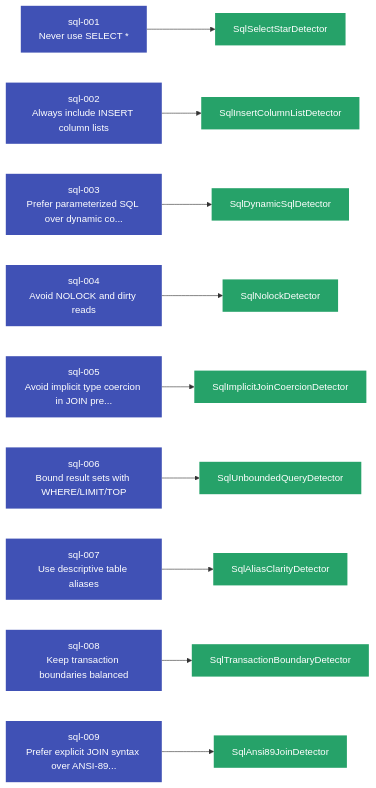
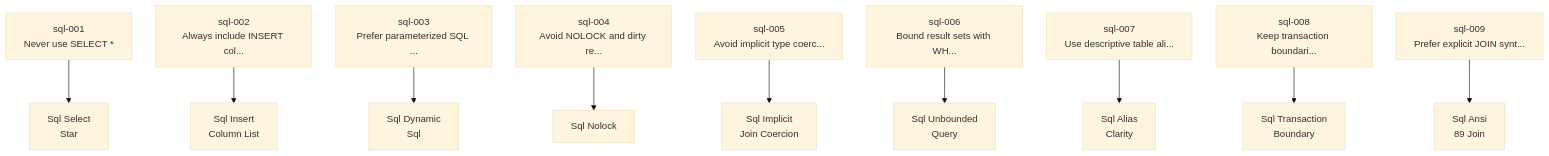
The first of 4 diagrams in docs/user-guide/languages/sql.md (Anselmoo/mcp-zen-of-languages), drawn with Mermaid before and after one commit. The commit also changed other lines of this file and 23 other files, not shown here.

First line of the commit message:
fix(docs): repair Mermaid contrast, text overflow, and expand diagram coverage (#137)

````diff
--- a/docs/user-guide/languages/sql.md
+++ b/docs/user-guide/languages/sql.md
@@ -185,50 +185,31 @@
     ```mermaid
-    graph LR
+    %%{init: {"theme": "base", "flowchart": {"useMaxWidth": false, "htmlLabels": true, "nodeSpacing": 40, "rankSpacing": 60}}}%%
+    graph TD
     sql_001["sql-001<br/>Never use SELECT *"]
-    sql_002["sql-002<br/>Always include INSERT column lists"]
-    sql_003["sql-003<br/>Prefer parameterized SQL over dynamic co..."]
-    sql_004["sql-004<br/>Avoid NOLOCK and dirty reads"]
-    sql_005["sql-005<br/>Avoid implicit type coercion in JOIN pre..."]
-    sql_006["sql-006<br/>Bound result sets with WHERE/LIMIT/TOP"]
-    sql_007["sql-007<br/>Use descriptive table aliases"]
-    sql_008["sql-008<br/>Keep transaction boundaries balanced"]
-    sql_009["sql-009<br/>Prefer explicit JOIN syntax over ANSI-89..."]
-    det_SqlAliasClarityDetector["SqlAliasClarityDetector"]
+    sql_002["sql-002<br/>Always include INSERT col..."]
+    sql_003["sql-003<br/>Prefer parameterized SQL ..."]
+    sql_004["sql-004<br/>Avoid NOLOCK and dirty re..."]
+    sql_005["sql-005<br/>Avoid implicit type coerc..."]
+    sql_006["sql-006<br/>Bound result sets with WH..."]
+    sql_007["sql-007<br/>Use descriptive table ali..."]
+    sql_008["sql-008<br/>Keep transaction boundari..."]
+    sql_009["sql-009<br/>Prefer explicit JOIN synt..."]
+    det_SqlAliasClarityDetector["Sql Alias<br/>Clarity"]
     sql_007 --> det_SqlAliasClarityDetector
-    det_SqlAnsi89JoinDetector["SqlAnsi89JoinDetector"]
+    det_SqlAnsi89JoinDetector["Sql Ansi<br/>89 Join"]
     sql_009 --> det_SqlAnsi89JoinDetector
-    det_SqlDynamicSqlDetector["SqlDynamicSqlDetector"]
+    det_SqlDynamicSqlDetector["Sql Dynamic<br/>Sql"]
     sql_003 --> det_SqlDynamicSqlDetector
-    det_SqlImplicitJoinCoercionDetector["SqlImplicitJoinCoercionDetector"]
+    det_SqlImplicitJoinCoercionDetector["Sql Implicit<br/>Join Coercion"]
     sql_005 --> det_SqlImplicitJoinCoercionDetector
-    det_SqlInsertColumnListDetector["SqlInsertColumnListDetector"]
+    det_SqlInsertColumnListDetector["Sql Insert<br/>Column List"]
     sql_002 --> det_SqlInsertColumnListDetector
-    det_SqlNolockDetector["SqlNolockDetector"]
+    det_SqlNolockDetector["Sql Nolock"]
     sql_004 --> det_SqlNolockDetector
-    det_SqlSelectStarDetector["SqlSelectStarDetector"]
+    det_SqlSelectStarDetector["Sql Select<br/>Star"]
     sql_001 --> det_SqlSelectStarDetector
-    det_SqlTransactionBoundaryDetector["SqlTransactionBoundaryDetector"]
+    det_SqlTransactionBoundaryDetector["Sql Transaction<br/>Boundary"]
     sql_008 --> det_SqlTransactionBoundaryDetector
-    det_SqlUnboundedQueryDetector["SqlUnboundedQueryDetector"]
+    det_SqlUnboundedQueryDetector["Sql Unbounded<br/>Query"]
     sql_006 --> det_SqlUnboundedQueryDetector
-    classDef principle fill:#4051b5,color:#fff,stroke:none
-    classDef detector fill:#26a269,color:#fff,stroke:none
-    class sql_001 principle
-    class sql_002 principle
-    class sql_003 principle
-    class sql_004 principle
-    class sql_005 principle
-    class sql_006 principle
-    class sql_007 principle
-    class sql_008 principle
-    class sql_009 principle
-    class det_SqlAliasClarityDetector detector
-    class det_SqlAnsi89JoinDetector detector
-    class det_SqlDynamicSqlDetector detector
-    class det_SqlImplicitJoinCoercionDetector detector
-    class det_SqlInsertColumnListDetector detector
-    class det_SqlNolockDetector detector
-    class det_SqlSelectStarDetector detector
-    class det_SqlTransactionBoundaryDetector detector
-    class det_SqlUnboundedQueryDetector detector
     ```
````
